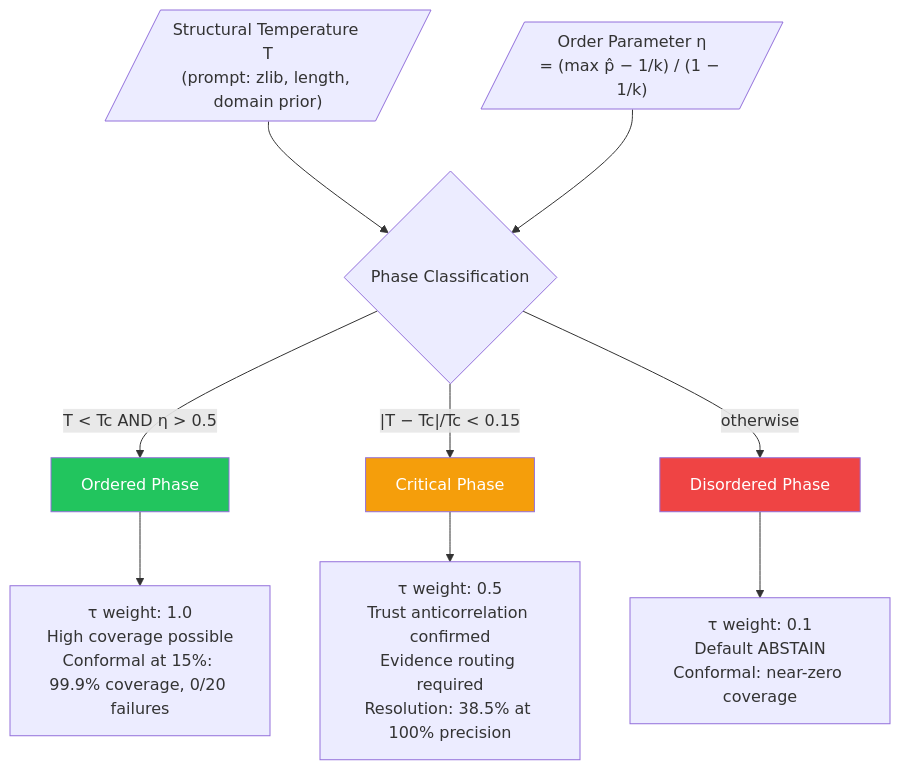
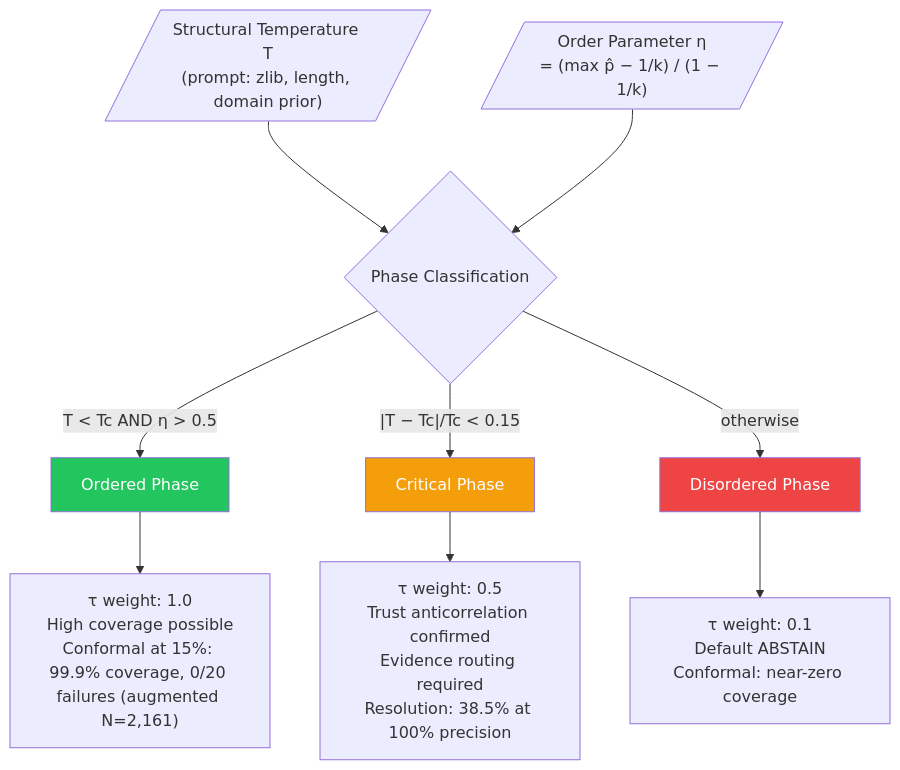
Before and after one commit to darklordVirtual/REMORA-research: the third of 5 diagrams in paper/figures.md, drawn with Mermaid.

Commit message:
﻿docs(paper): qualify conformal coverage result with dataset scope in figures.md
Figure 3 Ordered Phase node stated '99.9% coverage, 0/20 failures' without
specifying augmented N=2,161 dataset. Mirrors fix applied to REMORA main
(commit 4d385fc).

````diff
--- a/paper/figures.md
+++ b/paper/figures.md
@@ -117,20 +117,20 @@
 ```mermaid
 flowchart TD
     T[/"Structural Temperature T\n(prompt: zlib, length, domain prior)"/]
     ETA[/"Order Parameter η\n= (max p̂ − 1/k) / (1 − 1/k)"/]
 
     T & ETA --> PHASE
 
     PHASE{Phase Classification}
     PHASE -->|"T < Tc AND η > 0.5"| ORD[Ordered Phase]
     PHASE -->|"|T − Tc|/Tc < 0.15"| CRIT[Critical Phase]
     PHASE -->|otherwise| DIS[Disordered Phase]
 
-    ORD --> ORD1["τ weight: 1.0\nHigh coverage possible\nConformal at 15%: 99.9% coverage, 0/20 failures"]
+    ORD --> ORD1["τ weight: 1.0\nHigh coverage possible\nConformal at 15%: 99.9% coverage, 0/20 failures (augmented N=2,161)"]
     CRIT --> CRIT1["τ weight: 0.5\nTrust anticorrelation confirmed\nEvidence routing required\nResolution: 38.5% at 100% precision"]
     DIS --> DIS1["τ weight: 0.1\nDefault ABSTAIN\nConformal: near-zero coverage"]
 
     style ORD fill:#22c55e,color:#fff
     style CRIT fill:#f59e0b,color:#fff
     style DIS fill:#ef4444,color:#fff
 ```
````
